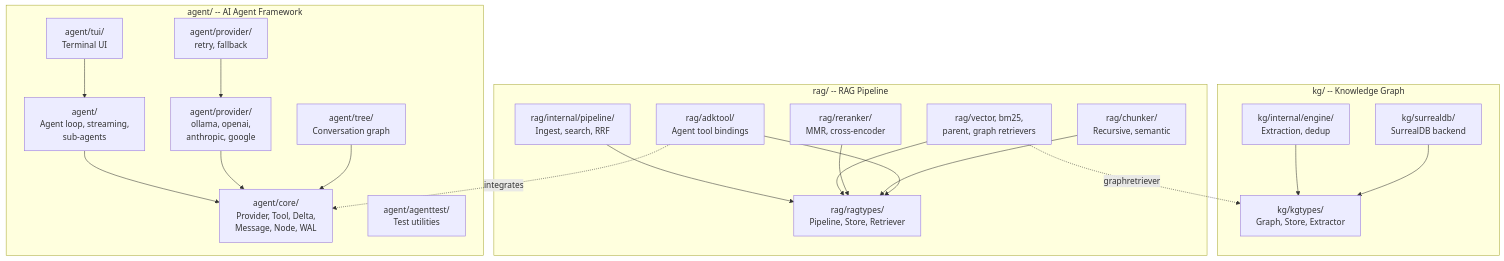
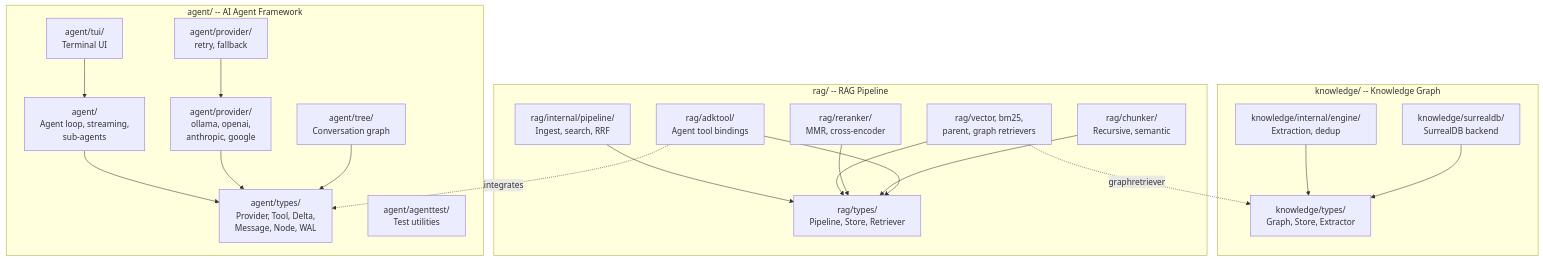
The diagram in README.md (urmzd/saige), drawn with Mermaid before and after one commit. The commit also changed other lines of this file and 2 other files, not shown here.

````diff
--- a/README.md
+++ b/README.md
@@ -566,45 +566,45 @@
 ```mermaid
 graph TB
     subgraph agent["agent/ -- AI Agent Framework"]
-        core["agent/core/<br/>Provider, Tool, Delta,<br/>Message, Node, WAL"]
+        agenttypes["agent/types/<br/>Provider, Tool, Delta,<br/>Message, Node, WAL"]
         agentloop["agent/<br/>Agent loop, streaming,<br/>sub-agents"]
         providers["agent/provider/<br/>ollama, openai,<br/>anthropic, google"]
         resilience["agent/provider/<br/>retry, fallback"]
         tree["agent/tree/<br/>Conversation graph"]
         tui["agent/tui/<br/>Terminal UI"]
         agenttest["agent/agenttest/<br/>Test utilities"]
     end
 
-    subgraph kg["kg/ -- Knowledge Graph"]
-        kgtypes["kg/kgtypes/<br/>Graph, Store, Extractor"]
-        engine["kg/internal/engine/<br/>Extraction, dedup"]
-        surrealdb["kg/surrealdb/<br/>SurrealDB backend"]
+    subgraph kg["knowledge/ -- Knowledge Graph"]
+        kgtypes["knowledge/types/<br/>Graph, Store, Extractor"]
+        engine["knowledge/internal/engine/<br/>Extraction, dedup"]
+        surrealdb["knowledge/surrealdb/<br/>SurrealDB backend"]
     end
 
     subgraph rag["rag/ -- RAG Pipeline"]
-        ragtypes["rag/ragtypes/<br/>Pipeline, Store, Retriever"]
+        ragtypes["rag/types/<br/>Pipeline, Store, Retriever"]
         pipeline["rag/internal/pipeline/<br/>Ingest, search, RRF"]
         retrievers["rag/vector, bm25,<br/>parent, graph retrievers"]
         rerankers["rag/reranker/<br/>MMR, cross-encoder"]
         chunkers["rag/chunker/<br/>Recursive, semantic"]
         adktool["rag/adktool/<br/>Agent tool bindings"]
     end
 
-    agentloop --> core
-    providers --> core
+    agentloop --> agenttypes
+    providers --> agenttypes
     resilience --> providers
-    tree --> core
+    tree --> agenttypes
     tui --> agentloop
 
     engine --> kgtypes
     surrealdb --> kgtypes
 
     pipeline --> ragtypes
     retrievers --> ragtypes
     rerankers --> ragtypes
     chunkers --> ragtypes
 
     adktool --> ragtypes
-    adktool -.->|integrates| core
+    adktool -.->|integrates| agenttypes
     retrievers -.->|graphretriever| kgtypes
 ```
````
